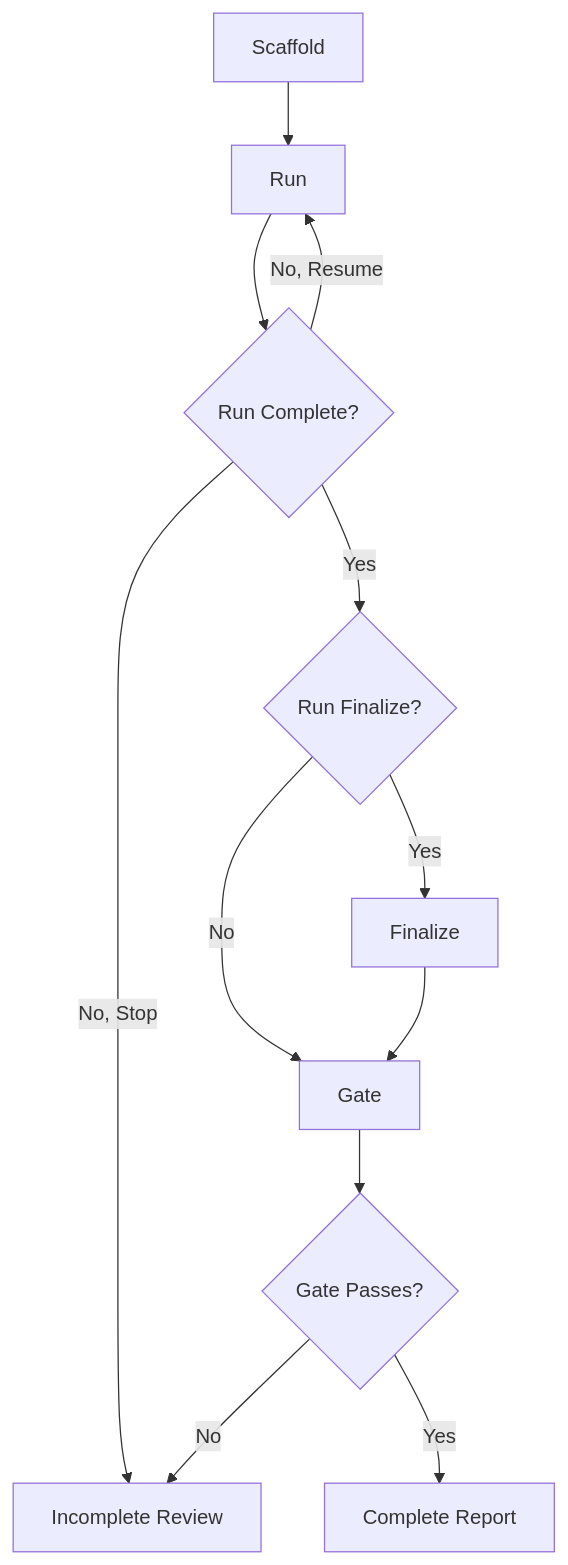
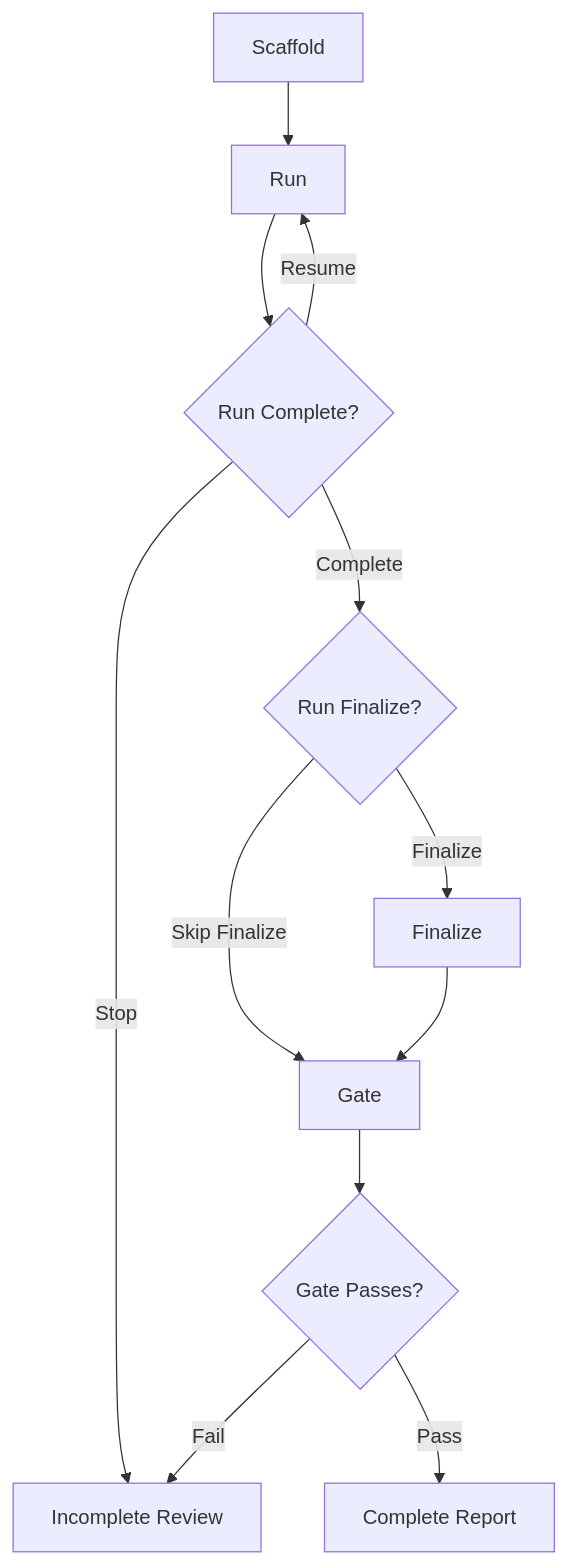
The second of 3 diagrams in docs/engine-design.md (eth4nr00t/cyberjury), drawn with Mermaid before and after one commit. The commit also changed other lines of this file and 9 other files, not shown here.

````diff
--- a/docs/engine-design.md
+++ b/docs/engine-design.md
@@ -116,14 +123,14 @@
 ```mermaid
 flowchart TD
     A[Scaffold] --> B[Run]
     B --> C{Run Complete?}
-    C -- No, Resume --> B
-    C -- No, Stop --> D[Incomplete Review]
-    C -- Yes --> E{Run Finalize?}
-    E -- Yes --> F[Finalize]
-    E -- No --> G[Gate]
+    C -- Resume --> B
+    C -- Stop --> D[Incomplete Review]
+    C -- Complete --> E{Run Finalize?}
+    E -- Finalize --> F[Finalize]
+    E -- Skip Finalize --> G[Gate]
     F --> G
     G --> H{Gate Passes?}
-    H -- Yes --> I[Complete Report]
-    H -- No --> D
+    H -- Pass --> I[Complete Report]
+    H -- Fail --> D
 ```
````
